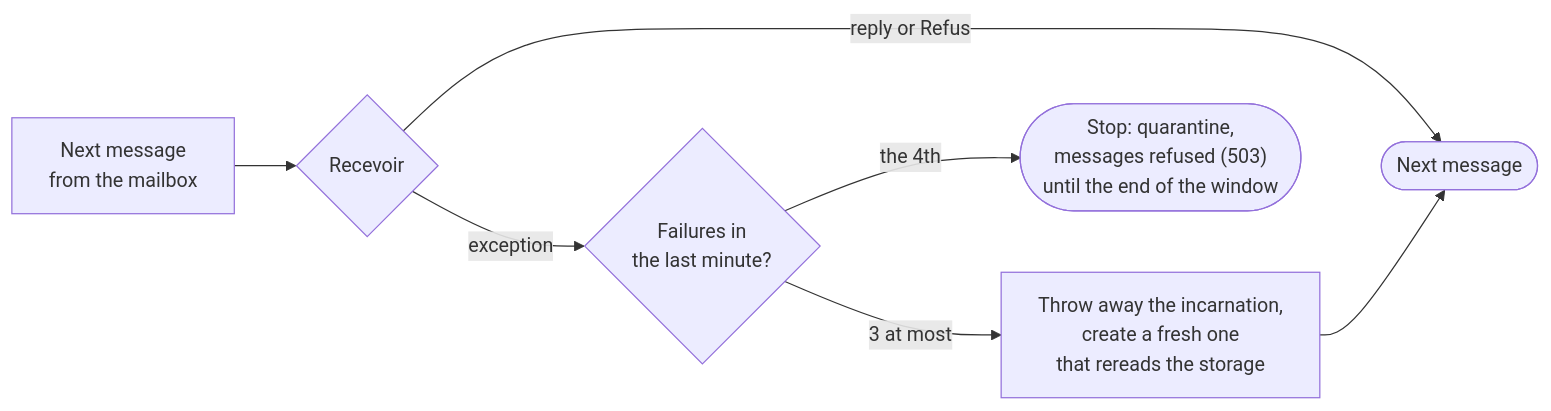
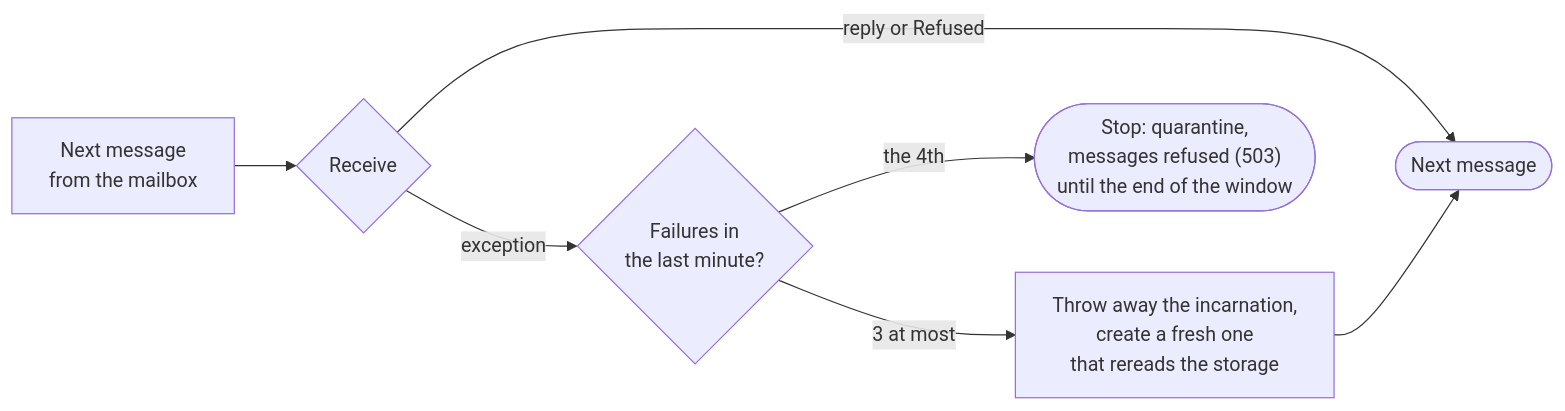
The fourth of 4 diagrams in Docs/en/18-modele-acteurs.md (drangoht/ArchitecturesDemo), drawn with Mermaid before and after one commit. The commit also changed other lines of this file and 78 other files, not shown here.

First line of the commit message:
Docs EN : identifiants, liens, diagrammes et sorties alignés sur le code anglais

````diff
--- a/Docs/en/18-modele-acteurs.md
+++ b/Docs/en/18-modele-acteurs.md
@@ -212,9 +211,9 @@
 ```mermaid
 flowchart LR
-    M["Next message<br/>from the mailbox"] --> T{"Recevoir"}
-    T -->|"reply or Refus"| OK(["Next message"])
+    M["Next message<br/>from the mailbox"] --> T{"Receive"}
+    T -->|"reply or Refused"| OK(["Next message"])
     T -->|"exception"| S{"Failures in<br/>the last minute?"}
     S -->|"3 at most"| R["Throw away the incarnation,<br/>create a fresh one<br/>that rereads the storage"]
     R --> OK
     S -->|"the 4th"| Q(["Stop: quarantine,<br/>messages refused (503)<br/>until the end of the window"])
 ```
````
